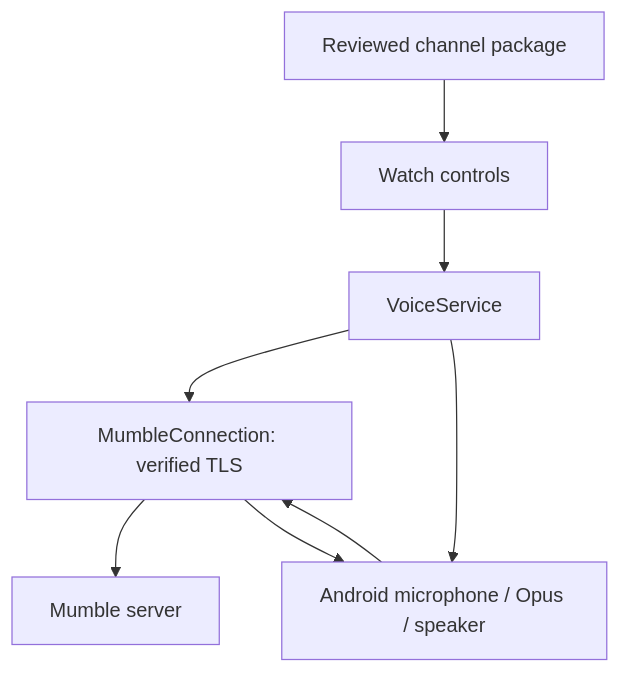
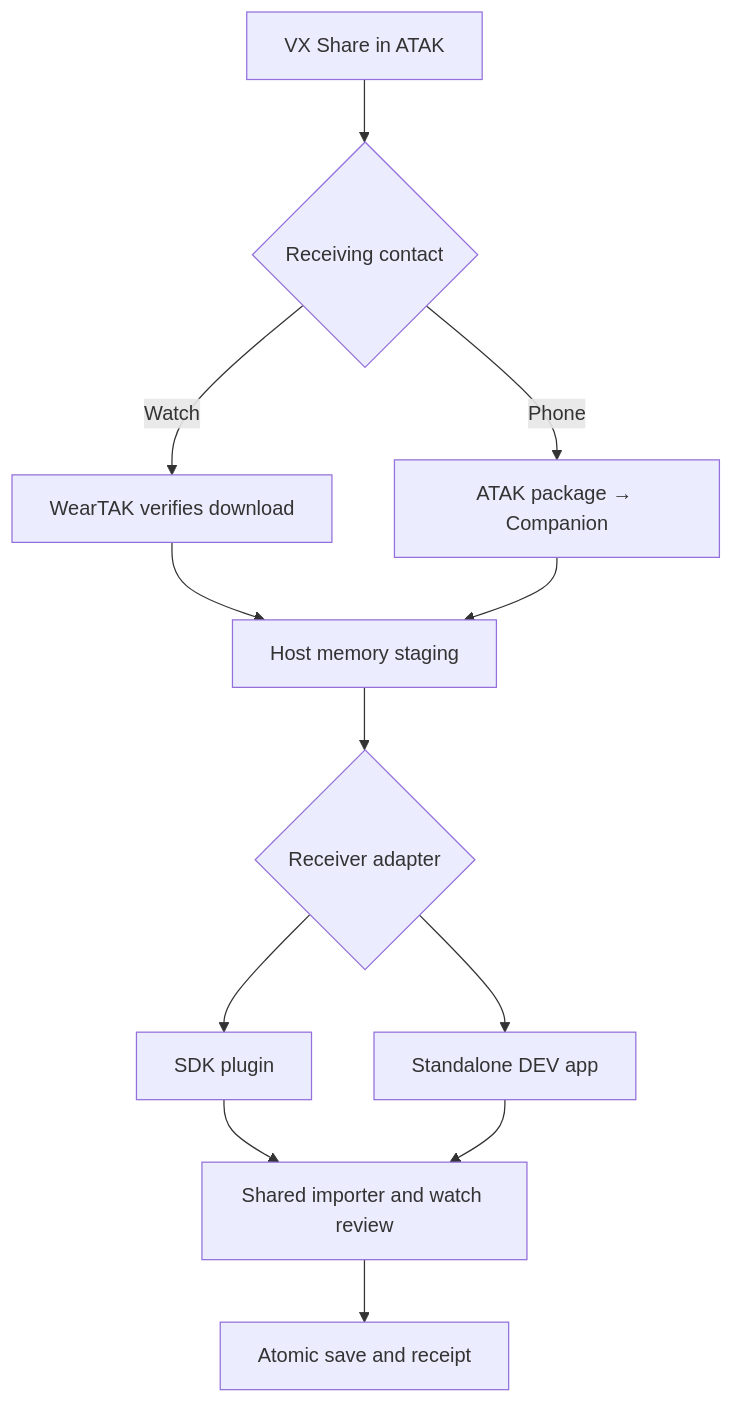
The diagram in docs/ARCHITECTURE.md (alexanderhavang-ops/weartak-voice), drawn with Mermaid before and after one commit. The commit also changed other lines of this file and 74 other files, not shown here.

Commit message:
Prepare WearTAK Voice 0.6.19 standalone and plugin for review

````diff
--- a/docs/ARCHITECTURE.md
+++ b/docs/ARCHITECTURE.md
@@ -8,10 +52,14 @@
 ```mermaid
 flowchart TD
-    UI["Watch controls"] --> S["VoiceService"]
-    S --> C["MumbleConnection: verified TLS"]
-    S --> A["Android microphone / Opus / speaker"]
-    C --> M["Mumble server"]
-    A --> C
-    C --> A
-    I["Reviewed channel package"] --> UI
+    A["VX Share in ATAK"] --> B{"Receiving contact"}
+    B -->|Watch| C["WearTAK verifies download"]
+    B -->|Phone| D["ATAK package → Companion"]
+    C --> E["Host memory staging"]
+    D --> E
+    E --> F{"Receiver adapter"}
+    F --> G["SDK plugin"]
+    F --> H["Standalone DEV app"]
+    G --> I["Shared importer and watch review"]
+    H --> I
+    I --> J["Atomic save and receipt"]
 ```
````
